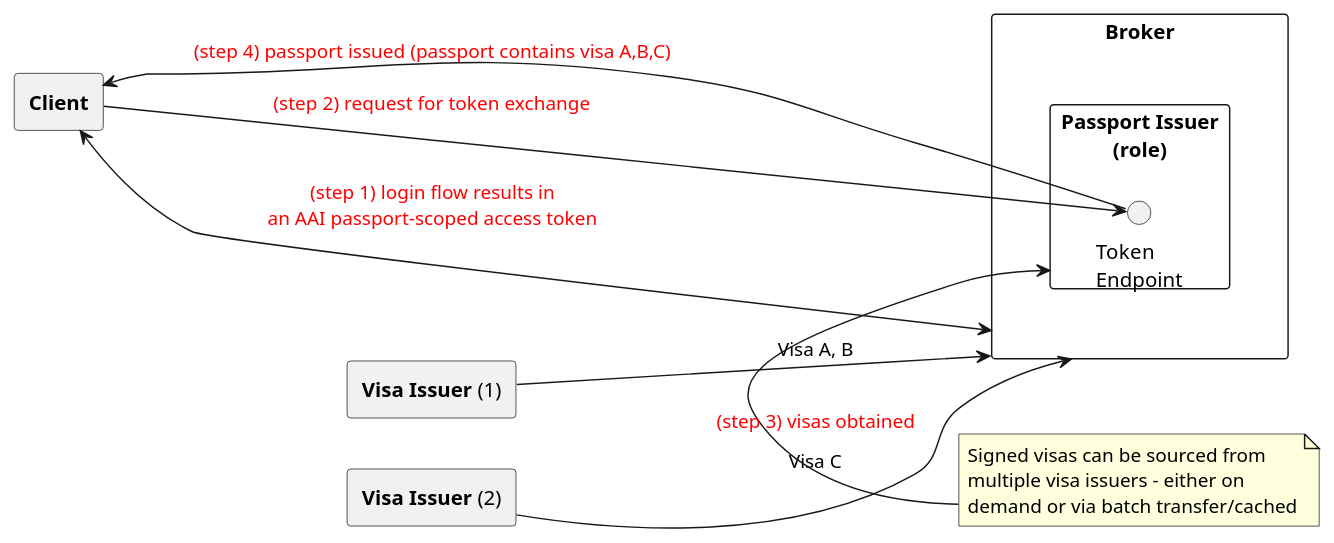
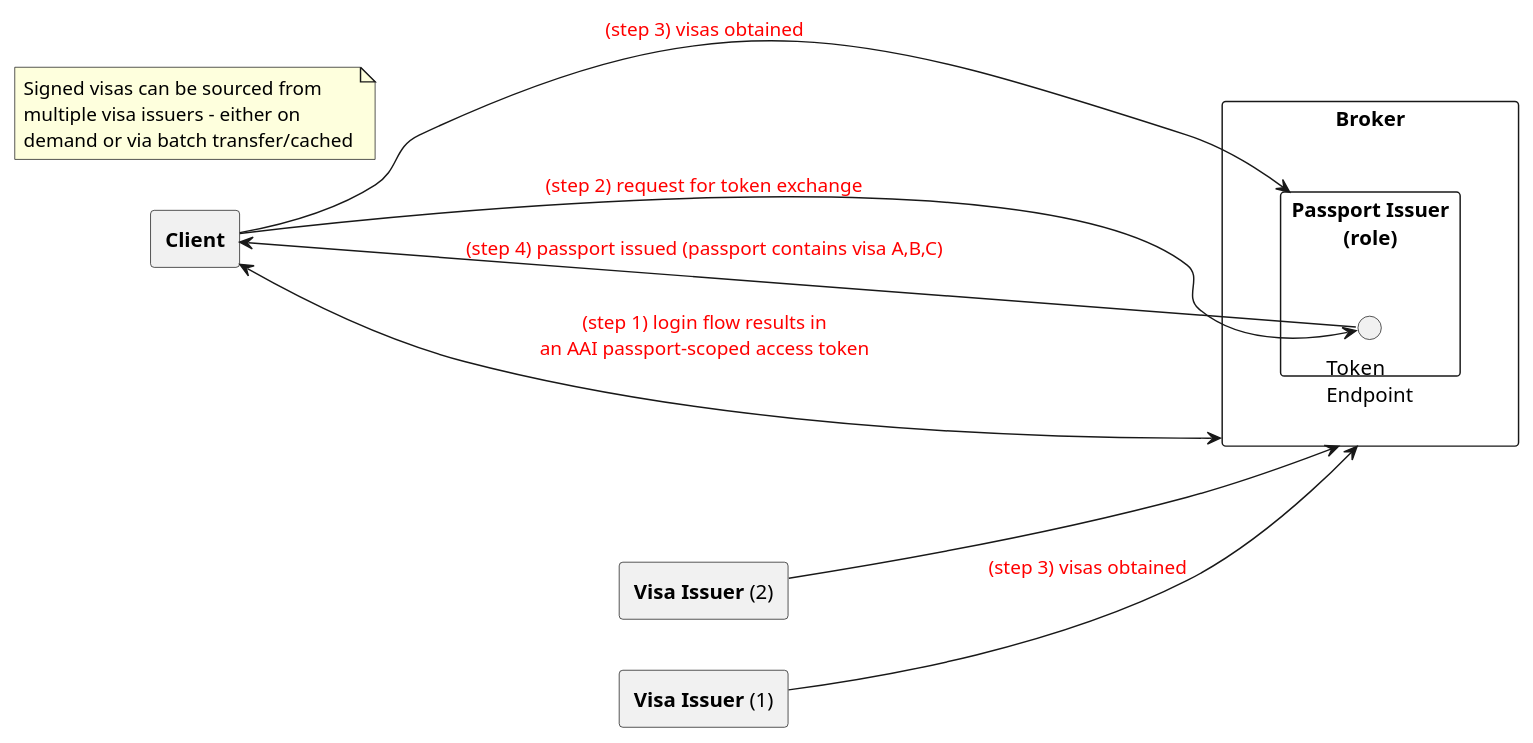
One commit to ga4gh/data-security changed the fourth of 4 diagrams in AAI/AAIConnectProfile.md. Above: the diagram before and after it, drawn with PlantUML. The commit also changed other lines of this file, not shown here.

Commit message:
diagram edits in progress

```diff
--- a/AAI/AAIConnectProfile.md
+++ b/AAI/AAIConnectProfile.md
@@ -637,26 +638,26 @@
 @startuml
 skinparam componentStyle rectangle
 left to right direction
 
 component "<b>Client</b>" as Client
 
 component "<b>Broker</b>" as Broker {
 component "<b>Passport Issuer</b>\n(role)" as PassportIssuer {
 interface "Token\nEndpoint" as TokenEndpoint
 }
 }
 
 component "<b>Visa Issuer</b> (1)" as VisaIssuer1
 component "<b>Visa Issuer</b> (2)" as VisaIssuer2
 
 note "Signed visas can be sourced from\nmultiple visa issuers - either on\ndemand or via batch transfer/cached" as VisaNote
 
-VisaIssuer1 --> Broker : Visa A, B
-VisaIssuer2 --> Broker : Visa C
+VisaIssuer1 --> Broker  #text:red : (step 3) visas obtained
+VisaIssuer2 --> Broker 
 
 Client <--> Broker #text:red : (step 1) login flow results in\nan AAI passport-scoped access token
 Client ---> TokenEndpoint #text:red : (step 2) request for token exchange
-VisaNote ---right---> PassportIssuer #text:red : (step 3) visas obtained
+Client ---> PassportIssuer #text:red : (step 3) visas obtained
 Client <-- TokenEndpoint  #text:red : (step 4) passport issued (passport contains visa A,B,C)
 
 @enduml    
```
